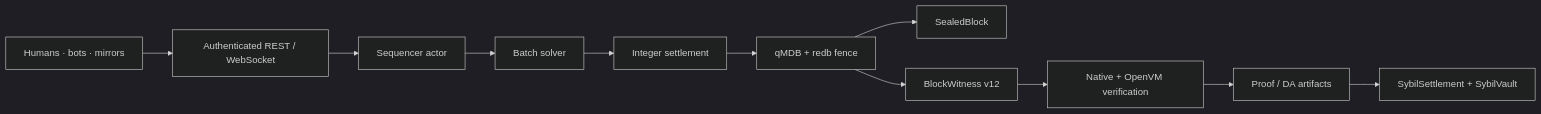
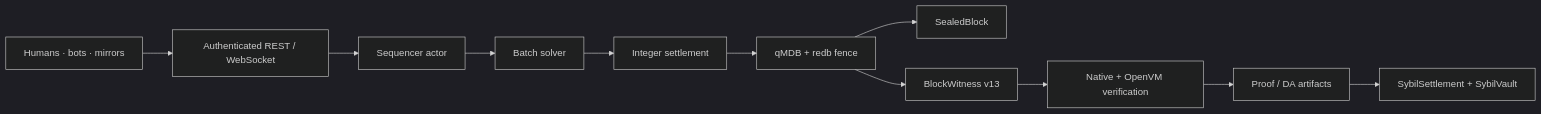
Before and after one commit to MetaB0y/sybil: the first of 2 diagrams in docs/SPEC.md, drawn with Mermaid (dark theme). The commit also changed other lines of this file and 69 other files, not shown here.

````diff
--- a/docs/SPEC.md
+++ b/docs/SPEC.md
@@ -21,13 +21,13 @@
 ```mermaid
 flowchart LR
     CLIENT["Humans · bots · mirrors"] --> API["Authenticated REST / WebSocket"]
     API --> SEQ["Sequencer actor"]
     SEQ --> SOLVE["Batch solver"]
     SOLVE --> SETTLE["Integer settlement"]
     SETTLE --> STORE["qMDB + redb fence"]
     STORE --> BLOCK["SealedBlock"]
-    STORE --> WIT["BlockWitness v12"]
+    STORE --> WIT["BlockWitness v13"]
     WIT --> VERIFY["Native + OpenVM verification"]
     VERIFY --> PROVER["Proof / DA artifacts"]
     PROVER --> L1["SybilSettlement + SybilVault"]
 ```
````
